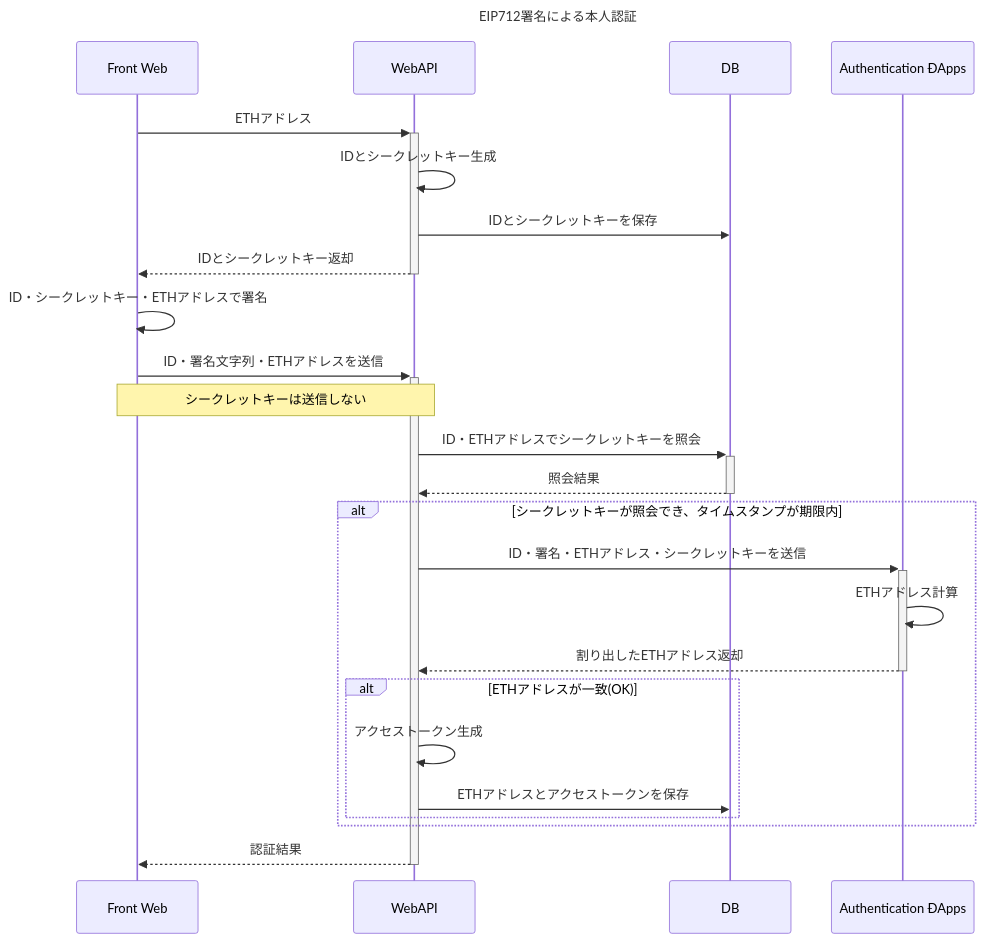
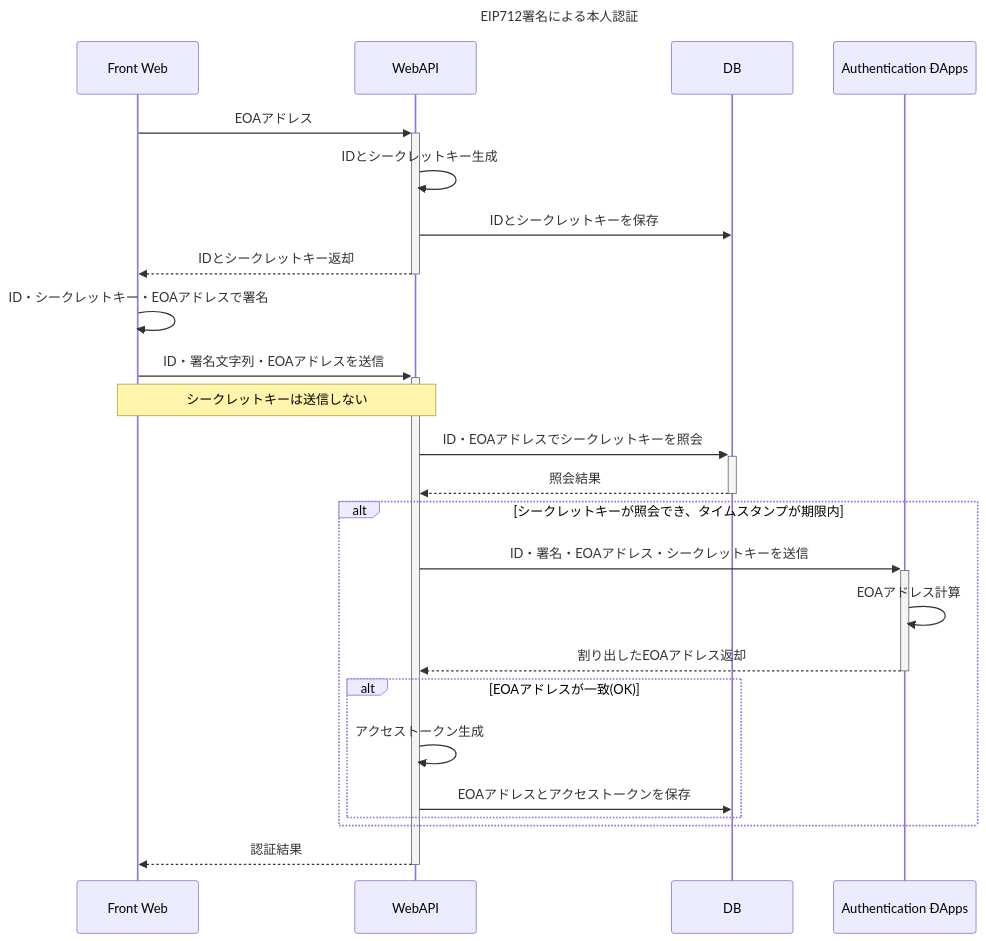
The diagram in docs/sequence-diagram/authentication-by-EIP712-signature.mmd (godappslab/signature-verification), drawn with Mermaid before and after one commit. The commit also changed 4 other files, not shown here.

```diff
--- a/docs/sequence-diagram/authentication-by-EIP712-signature.mmd
+++ b/docs/sequence-diagram/authentication-by-EIP712-signature.mmd
@@ -1,36 +1,33 @@
 sequenceDiagram
 Title: EIP712署名による本人認証
 participant front AS Front Web
 participant api AS WebAPI
 participant db AS DB
 participant auth AS Authentication ÐApps
 
-front->>+api: ETHアドレス
+front->>+api: EOAアドレス
     api->>api:IDとシークレットキー生成
     api->>db:IDとシークレットキーを保存
 api-->>-front: IDとシークレットキー返却
 
-front->>front:ID・シークレットキー・ETHアドレスで署名
+front->>front:ID・シークレットキー・EOAアドレスで署名
 
-front->>+api: ID・署名文字列・ETHアドレスを送信
+front->>+api: ID・署名文字列・EOAアドレスを送信
 Note over front,api: シークレットキーは送信しない
 
-    api->>+db: ID・ETHアドレスでシークレットキーを照会
+    api->>+db: ID・EOAアドレスでシークレットキーを照会
     db-->>-api:照会結果
 
     alt シークレットキーが照会でき、タイムスタンプが期限内
 
-        api->>+auth:ID・署名・ETHアドレス・シークレットキーを送信
-        auth->>auth:ETHアドレス計算
-        auth-->>-api: 割り出したETHアドレス返却
+        api->>+auth:ID・署名・EOAアドレス・シークレットキーを送信
+        auth->>auth:EOAアドレス計算
+        auth-->>-api: 割り出したEOAアドレス返却
 
-        alt ETHアドレスが一致(OK)
+        alt EOAアドレスが一致(OK)
             api->>api:アクセストークン生成
-            api->>db:ETHアドレスとアクセストークンを保存
-    #        api->>api:認証成功状態を生成
-    #    else ETHアドレスが不一致(NG)
-    #        api->>api:認証失敗状態を生成
+            api->>db:EOAアドレスとアクセストークンを保存
         end
     end
 
  api-->>-front: 認証結果
```
